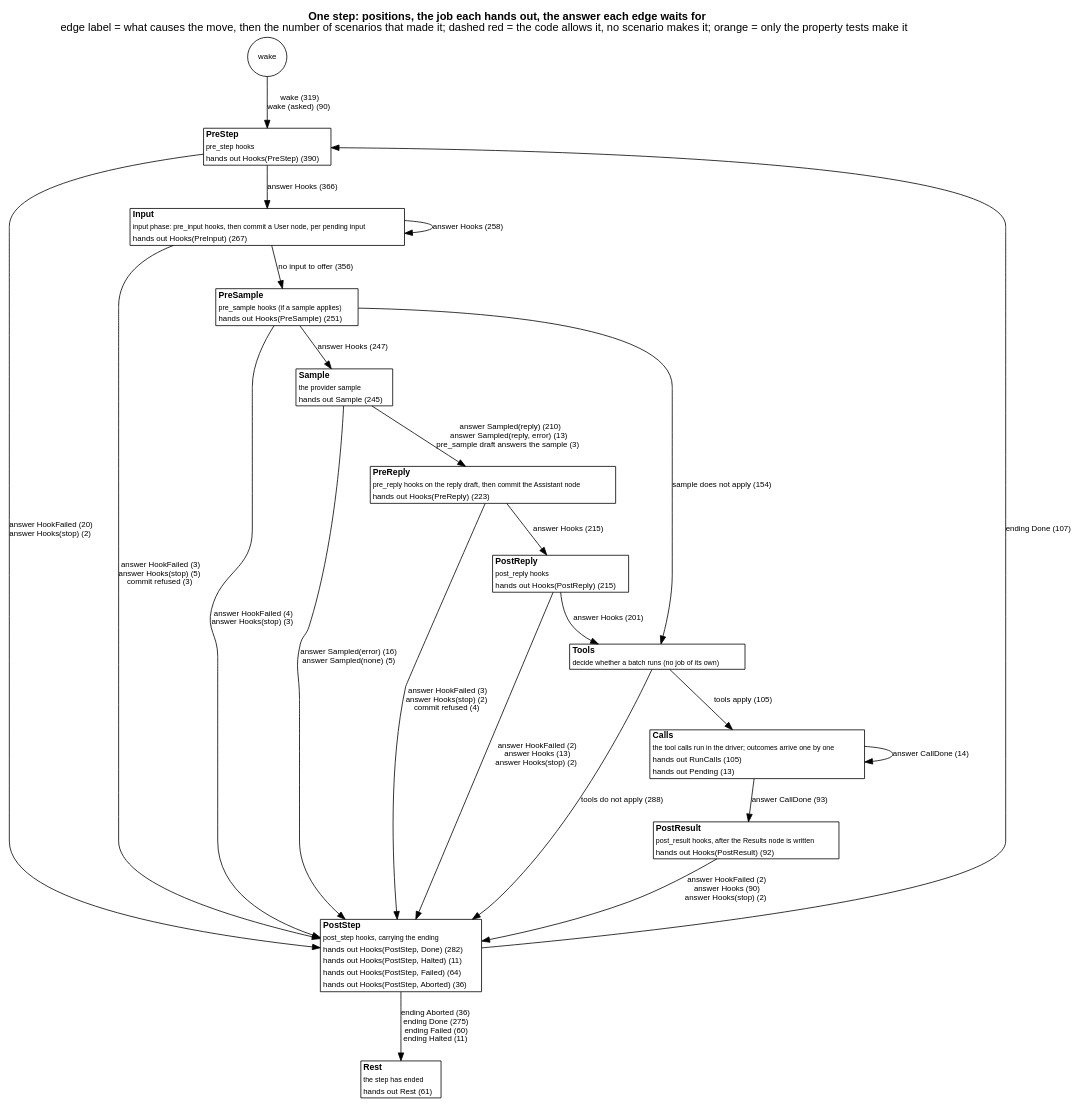
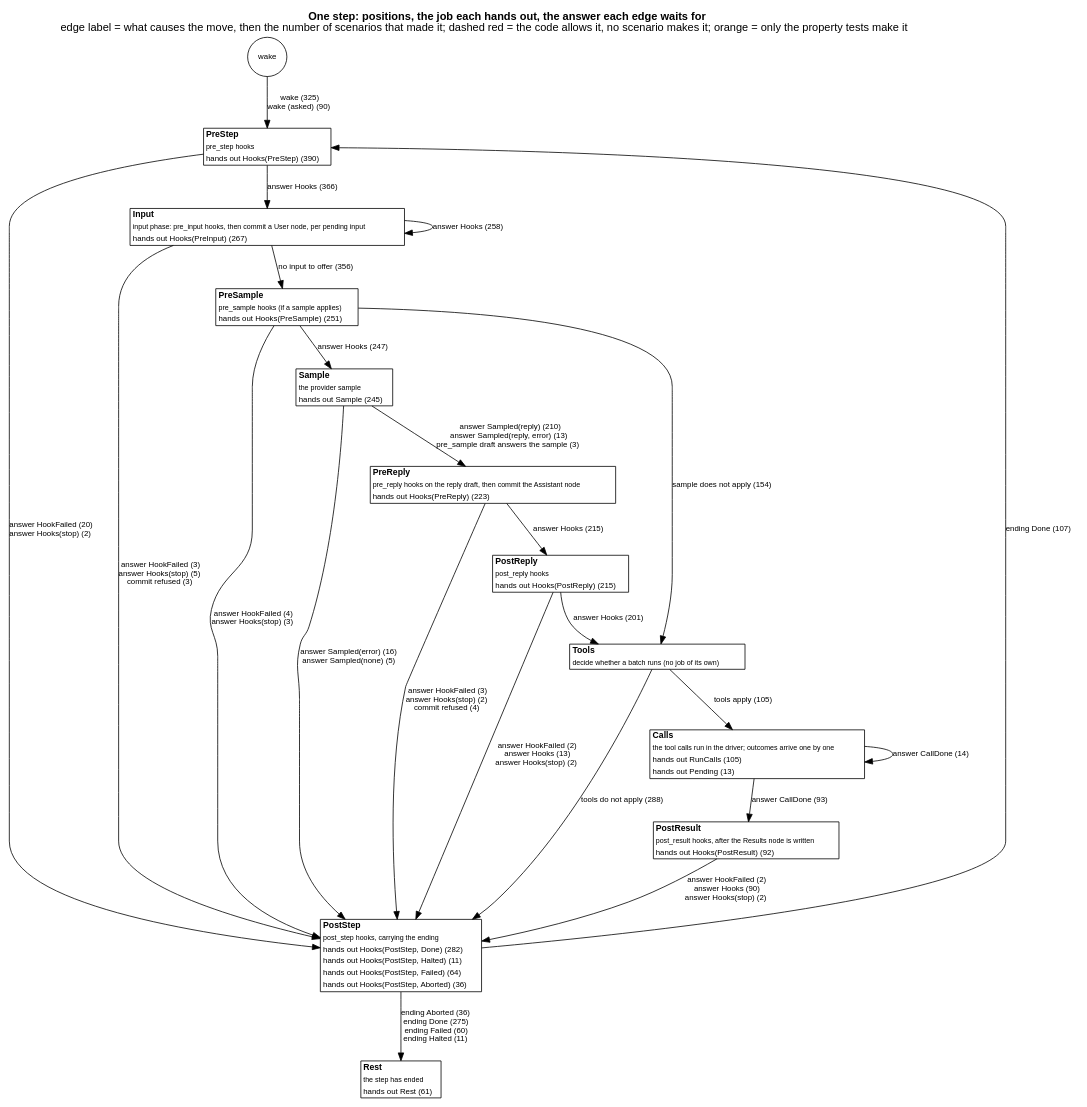
One commit to jmccardle/tau changed the diagram in docs/as-built/diagrams/step-positions.dot. Above: the diagram before and after it, drawn with Graphviz. The commit also changed 32 other files, not shown here.

```diff
--- a/docs/as-built/diagrams/step-positions.dot
+++ b/docs/as-built/diagrams/step-positions.dot
@@ -1,40 +1,40 @@
 // Generated by scripts/diagrams.sh from the test suites' transitions. Do not edit.
 digraph step_positions {
   graph [rankdir=TB, fontname="Helvetica", nodesep=0.5, ranksep=0.6, labelloc=t, label=<<b>One step: positions, the job each hands out, the answer each edge waits for</b><br/>edge label = what causes the move, then the number of scenarios that made it; dashed red = the code allows it, no scenario makes it; orange = only the property tests make it>];
   node [shape=plain, fontname="Helvetica", fontsize=11];
   edge [fontname="Helvetica", fontsize=10];
   "(wake)" [shape=circle, label="wake", fontsize=10];
   "PreStep" [label=<<table border="1" cellborder="0" cellspacing="0" bgcolor="white"><tr><td align="left"><b>PreStep</b></td></tr><tr><td align="left"><font point-size="9">pre_step hooks</font></td></tr><tr><td align="left"><font color="black" point-size="10">hands out Hooks(PreStep) (390)</font></td></tr></table>>];
   "Input" [label=<<table border="1" cellborder="0" cellspacing="0" bgcolor="white"><tr><td align="left"><b>Input</b></td></tr><tr><td align="left"><font point-size="9">input phase: pre_input hooks, then commit a User node, per pending input</font></td></tr><tr><td align="left"><font color="black" point-size="10">hands out Hooks(PreInput) (267)</font></td></tr></table>>];
   "PreSample" [label=<<table border="1" cellborder="0" cellspacing="0" bgcolor="white"><tr><td align="left"><b>PreSample</b></td></tr><tr><td align="left"><font point-size="9">pre_sample hooks (if a sample applies)</font></td></tr><tr><td align="left"><font color="black" point-size="10">hands out Hooks(PreSample) (251)</font></td></tr></table>>];
   "Sample" [label=<<table border="1" cellborder="0" cellspacing="0" bgcolor="white"><tr><td align="left"><b>Sample</b></td></tr><tr><td align="left"><font point-size="9">the provider sample</font></td></tr><tr><td align="left"><font color="black" point-size="10">hands out Sample (245)</font></td></tr></table>>];
   "PreReply" [label=<<table border="1" cellborder="0" cellspacing="0" bgcolor="white"><tr><td align="left"><b>PreReply</b></td></tr><tr><td align="left"><font point-size="9">pre_reply hooks on the reply draft, then commit the Assistant node</font></td></tr><tr><td align="left"><font color="black" point-size="10">hands out Hooks(PreReply) (223)</font></td></tr></table>>];
   "PostReply" [label=<<table border="1" cellborder="0" cellspacing="0" bgcolor="white"><tr><td align="left"><b>PostReply</b></td></tr><tr><td align="left"><font point-size="9">post_reply hooks</font></td></tr><tr><td align="left"><font color="black" point-size="10">hands out Hooks(PostReply) (215)</font></td></tr></table>>];
   "Tools" [label=<<table border="1" cellborder="0" cellspacing="0" bgcolor="white"><tr><td align="left"><b>Tools</b></td></tr><tr><td align="left"><font point-size="9">decide whether a batch runs (no job of its own)</font></td></tr></table>>];
   "Calls" [label=<<table border="1" cellborder="0" cellspacing="0" bgcolor="white"><tr><td align="left"><b>Calls</b></td></tr><tr><td align="left"><font point-size="9">the tool calls run in the driver; outcomes arrive one by one</font></td></tr><tr><td align="left"><font color="black" point-size="10">hands out RunCalls (105)</font></td></tr><tr><td align="left"><font color="black" point-size="10">hands out Pending (13)</font></td></tr></table>>];
   "PostResult" [label=<<table border="1" cellborder="0" cellspacing="0" bgcolor="white"><tr><td align="left"><b>PostResult</b></td></tr><tr><td align="left"><font point-size="9">post_result hooks, after the Results node is written</font></td></tr><tr><td align="left"><font color="black" point-size="10">hands out Hooks(PostResult) (92)</font></td></tr></table>>];
   "PostStep" [label=<<table border="1" cellborder="0" cellspacing="0" bgcolor="white"><tr><td align="left"><b>PostStep</b></td></tr><tr><td align="left"><font point-size="9">post_step hooks, carrying the ending</font></td></tr><tr><td align="left"><font color="black" point-size="10">hands out Hooks(PostStep, Done) (282)</font></td></tr><tr><td align="left"><font color="black" point-size="10">hands out Hooks(PostStep, Halted) (11)</font></td></tr><tr><td align="left"><font color="black" point-size="10">hands out Hooks(PostStep, Failed) (64)</font></td></tr><tr><td align="left"><font color="black" point-size="10">hands out Hooks(PostStep, Aborted) (36)</font></td></tr></table>>];
   "Rest" [label=<<table border="1" cellborder="0" cellspacing="0" bgcolor="white"><tr><td align="left"><b>Rest</b></td></tr><tr><td align="left"><font point-size="9">the step has ended</font></td></tr><tr><td align="left"><font color="black" point-size="10">hands out Rest (61)</font></td></tr></table>>];
-  "(wake)" -> "PreStep" [label=<wake (319)<br/>wake (asked) (90)>, color="black", style=solid];
+  "(wake)" -> "PreStep" [label=<wake (325)<br/>wake (asked) (90)>, color="black", style=solid];
   "Calls" -> "Calls" [label=<answer CallDone (14)>, color="black", style=solid];
   "Calls" -> "PostResult" [label=<answer CallDone (93)>, color="black", style=solid];
   "Input" -> "Input" [label=<answer Hooks (258)>, color="black", style=solid];
   "Input" -> "PostStep" [label=<answer HookFailed (3)<br/>answer Hooks(stop) (5)<br/>commit refused (3)>, color="black", style=solid];
   "Input" -> "PreSample" [label=<no input to offer (356)>, color="black", style=solid];
   "PostReply" -> "PostStep" [label=<answer HookFailed (2)<br/>answer Hooks (13)<br/>answer Hooks(stop) (2)>, color="black", style=solid];
   "PostReply" -> "Tools" [label=<answer Hooks (201)>, color="black", style=solid];
   "PostResult" -> "PostStep" [label=<answer HookFailed (2)<br/>answer Hooks (90)<br/>answer Hooks(stop) (2)>, color="black", style=solid];
   "PostStep" -> "PreStep" [label=<ending Done (107)>, color="black", style=solid];
   "PostStep" -> "Rest" [label=<ending Aborted (36)<br/>ending Done (275)<br/>ending Failed (60)<br/>ending Halted (11)>, color="black", style=solid];
   "PreReply" -> "PostReply" [label=<answer Hooks (215)>, color="black", style=solid];
   "PreReply" -> "PostStep" [label=<answer HookFailed (3)<br/>answer Hooks(stop) (2)<br/>commit refused (4)>, color="black", style=solid];
   "PreSample" -> "PostStep" [label=<answer HookFailed (4)<br/>answer Hooks(stop) (3)>, color="black", style=solid];
   "PreSample" -> "Sample" [label=<answer Hooks (247)>, color="black", style=solid];
   "PreSample" -> "Tools" [label=<sample does not apply (154)>, color="black", style=solid];
   "PreStep" -> "Input" [label=<answer Hooks (366)>, color="black", style=solid];
   "PreStep" -> "PostStep" [label=<answer HookFailed (20)<br/>answer Hooks(stop) (2)>, color="black", style=solid];
   "Sample" -> "PostStep" [label=<answer Sampled(error) (16)<br/>answer Sampled(none) (5)>, color="black", style=solid];
   "Sample" -> "PreReply" [label=<answer Sampled(reply) (210)<br/>answer Sampled(reply, error) (13)<br/>pre_sample draft answers the sample (3)>, color="black", style=solid];
   "Tools" -> "Calls" [label=<tools apply (105)>, color="black", style=solid];
   "Tools" -> "PostStep" [label=<tools do not apply (288)>, color="black", style=solid];
 }
```
